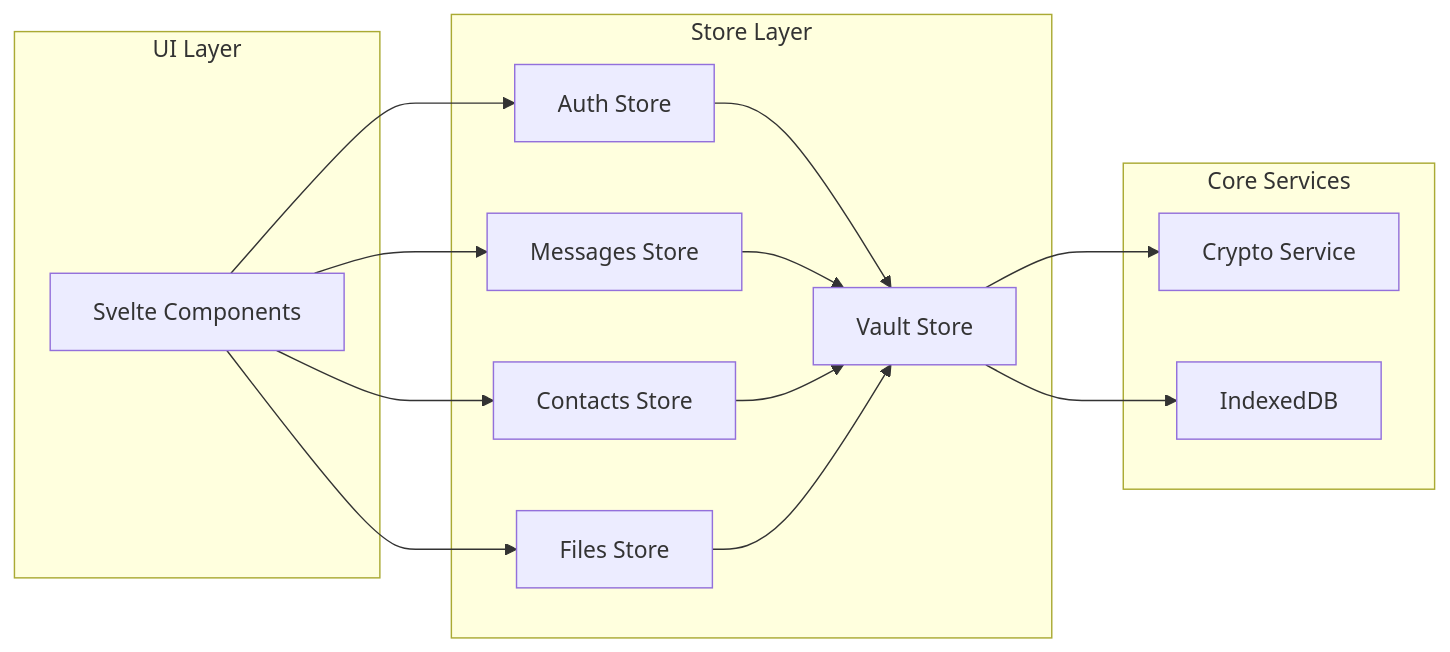
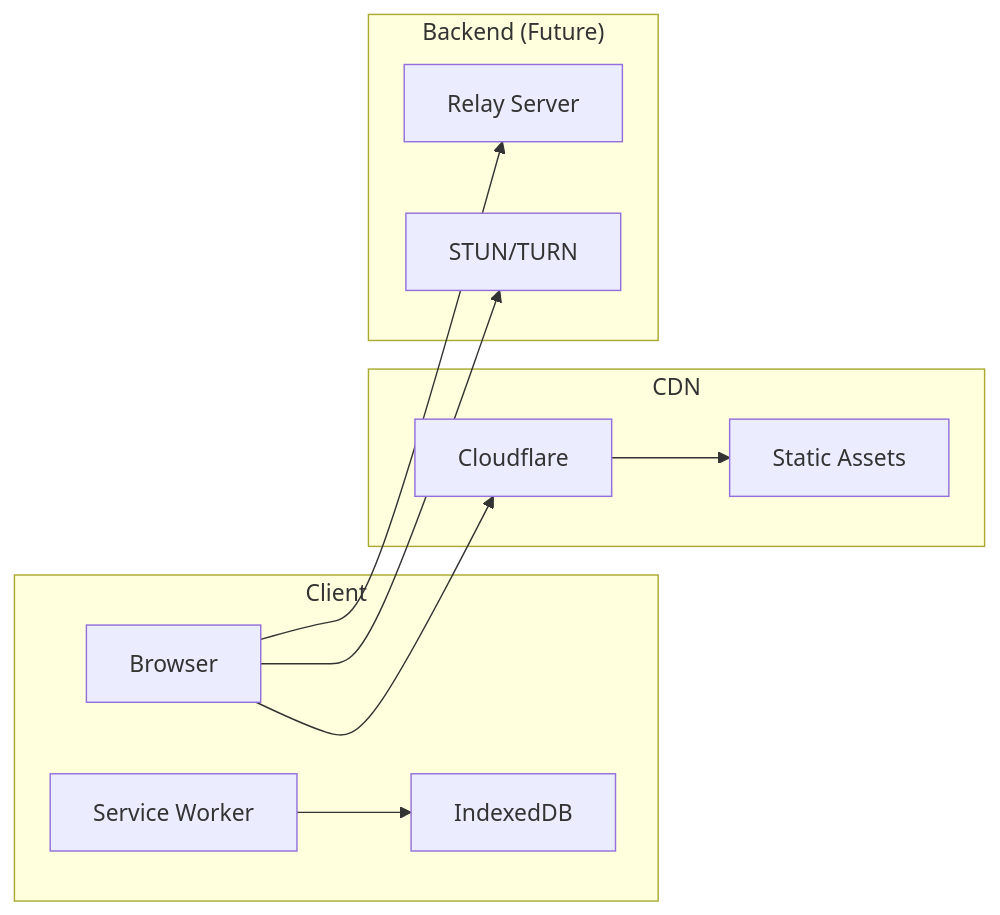
The sixth of 6 diagrams in docs/ARCHITECTURE.md (foofork/Volli), drawn with Mermaid before and after one commit. The commit also changed other lines of this file and 73 other files, not shown here.

````diff
--- a/docs/ARCHITECTURE.md
+++ b/docs/ARCHITECTURE.md
@@ -225,32 +556,24 @@
 ```mermaid
 graph LR
-    subgraph "UI Layer"
-        COMP[Svelte Components]
+    subgraph "Client"
+        BROWSER[Browser]
+        SW[Service Worker]
+        IDB[IndexedDB]
     end
     
-    subgraph "Store Layer"
-        AUTH[Auth Store]
-        VAULT[Vault Store]
-        MSG[Messages Store]
-        CONTACT[Contacts Store]
-        FILES[Files Store]
+    subgraph "CDN"
+        CF[Cloudflare]
+        ASSETS[Static Assets]
     end
     
-    subgraph "Core Services"
-        CRYPTO[Crypto Service]
-        DB[IndexedDB]
+    subgraph "Backend (Future)"
+        RELAY[Relay Server]
+        STUN[STUN/TURN]
     end
     
-    COMP --> AUTH
-    COMP --> MSG
-    COMP --> CONTACT
-    COMP --> FILES
-    
-    AUTH --> VAULT
-    MSG --> VAULT
-    CONTACT --> VAULT
-    FILES --> VAULT
-    
-    VAULT --> CRYPTO
-    VAULT --> DB
+    BROWSER --> CF
+    CF --> ASSETS
+    SW --> IDB
+    BROWSER --> RELAY
+    BROWSER --> STUN
 ```
````
